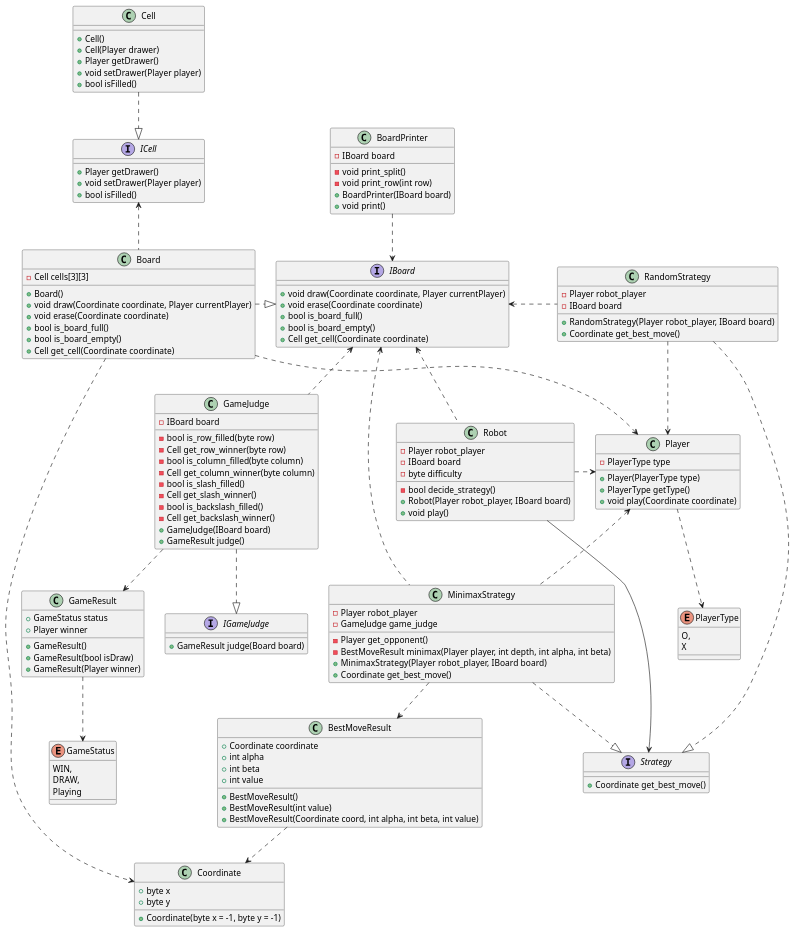
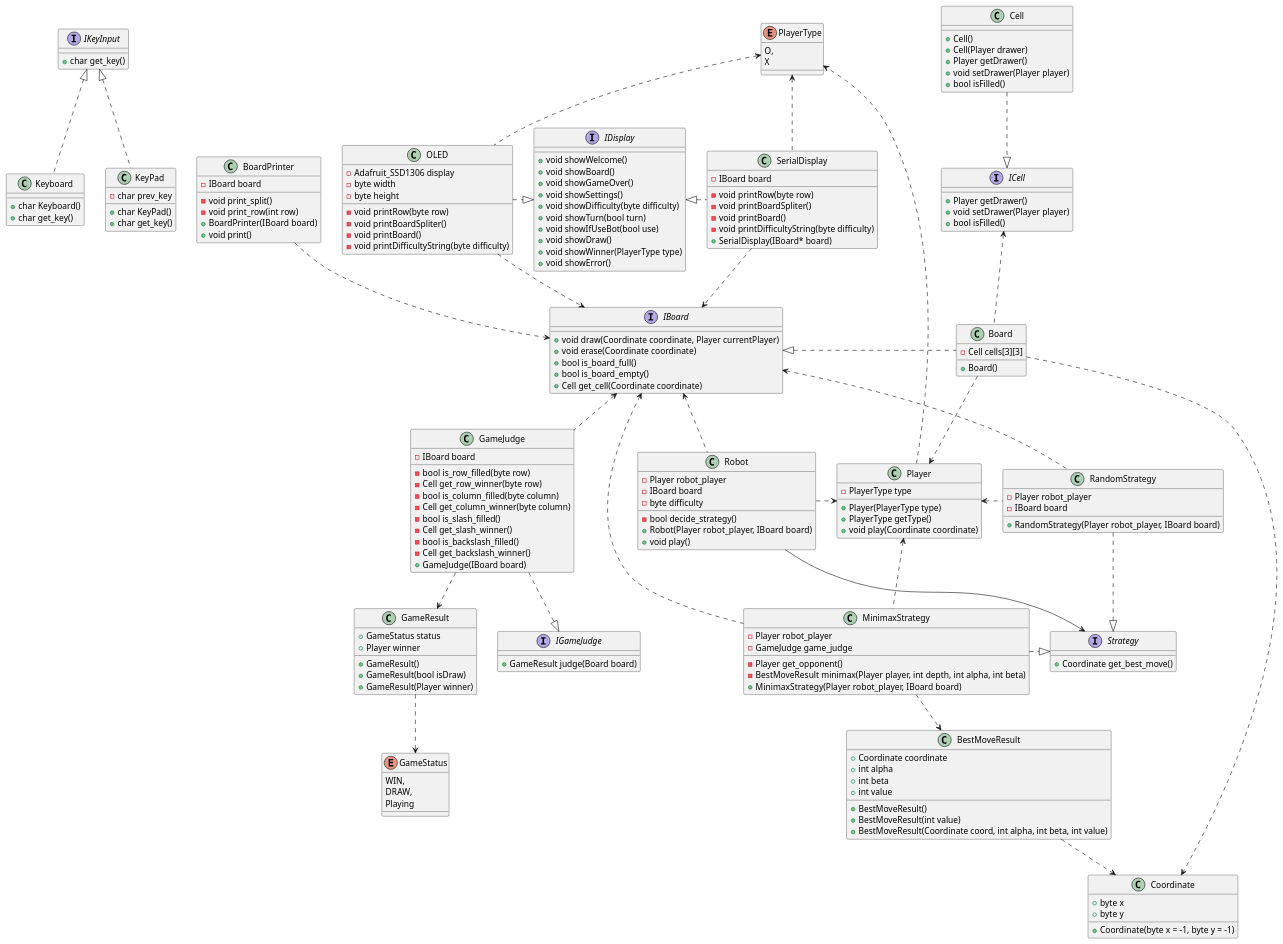
One commit to WorldOfWheat/Arduino-Finial-Project-OOXX changed the diagram in class.pu. Above: the diagram before and after it, drawn with PlantUML. The commit also changed 1 other file, not shown here.

Commit message:
Update uml

```diff
--- a/class.pu
+++ b/class.pu
@@ -25,11 +25,6 @@
 class Board {
 	-Cell cells[3][3]
 	+Board()
-	+void draw(Coordinate coordinate, Player currentPlayer)
-	+void erase(Coordinate coordinate)
-	+bool is_board_full()
-	+bool is_board_empty()
-	+Cell get_cell(Coordinate coordinate)
 }
 
 class BoardPrinter {
@@ -69,7 +64,6 @@
 	-bool is_backslash_filled()
 	-Cell get_backslash_winner()
 	+GameJudge(IBoard board)
-	+GameResult judge()
 }
 
 class Coordinate {
@@ -119,14 +113,59 @@
 	-Player get_opponent()
 	-BestMoveResult minimax(Player player, int depth, int alpha, int beta)
 	+MinimaxStrategy(Player robot_player, IBoard board)
-	+Coordinate get_best_move()
 }
 
 class RandomStrategy {
 	-Player robot_player
 	-IBoard board
 	+RandomStrategy(Player robot_player, IBoard board)
-	+Coordinate get_best_move()
+}
+
+interface IDisplay {
+	+void showWelcome()
+	+void showBoard()
+	+void showGameOver()
+	+void showSettings()
+	+void showDifficulty(byte difficulty)
+	+void showTurn(bool turn)
+	+void showIfUseBot(bool use)
+	+void showDraw()
+	+void showWinner(PlayerType type)
+	+void showError()
+}
+
+class SerialDisplay {
+	-IBoard board
+	-void printRow(byte row)
+	-void printBoardSpliter()
+	-void printBoard()
+	-void printDifficultyString(byte difficulty)
+	+SerialDisplay(IBoard* board)
+}
+
+class OLED {
+	-Adafruit_SSD1306 display
+	-byte width
+	-byte height
+	-void printRow(byte row)
+	-void printBoardSpliter()
+	-void printBoard()
+	-void printDifficultyString(byte difficulty)
+}
+
+interface IKeyInput {
+	+char get_key()
+}
+
+class Keyboard {
+	+char Keyboard()
+	+char get_key()
+}
+
+class KeyPad {
+	-char prev_key
+	+char KeyPad()
+	+char get_key()
 }
 
 Cell .down.|> ICell
@@ -134,7 +173,7 @@
 Board .up.> ICell
 Board .down.> Coordinate
 Board .down.> Player
-Board .right.|> IBoard
+Board .left.|> IBoard
 
 BoardPrinter ..> IBoard
 
@@ -143,21 +182,31 @@
 GameJudge ..|> IGameJudge
 GameJudge .up.> IBoard
 
-Player ..> PlayerType
+Player .right.> PlayerType
 
 BestMoveResult .down.> Coordinate
 
-MinimaxStrategy ..|> Strategy
+MinimaxStrategy .right.|> Strategy
 MinimaxStrategy .down.> BestMoveResult
 MinimaxStrategy .left.> IBoard
 MinimaxStrategy .up.> Player
 
 RandomStrategy ..|> Strategy
 RandomStrategy .left.> IBoard
-RandomStrategy ..> Player
+RandomStrategy .left.> Player
 
 Robot .left.> IBoard
 Robot --> Strategy
 Robot .right.> Player
 
+SerialDisplay .left.|> IDisplay
+SerialDisplay .down.> IBoard
+SerialDisplay .up.> PlayerType
+OLED .right.|> IDisplay
+OLED .down.> IBoard
+OLED .up.> PlayerType
+
+Keyboard .up.|> IKeyInput
+KeyPad .up.|> IKeyInput
+
 @enduml
```
